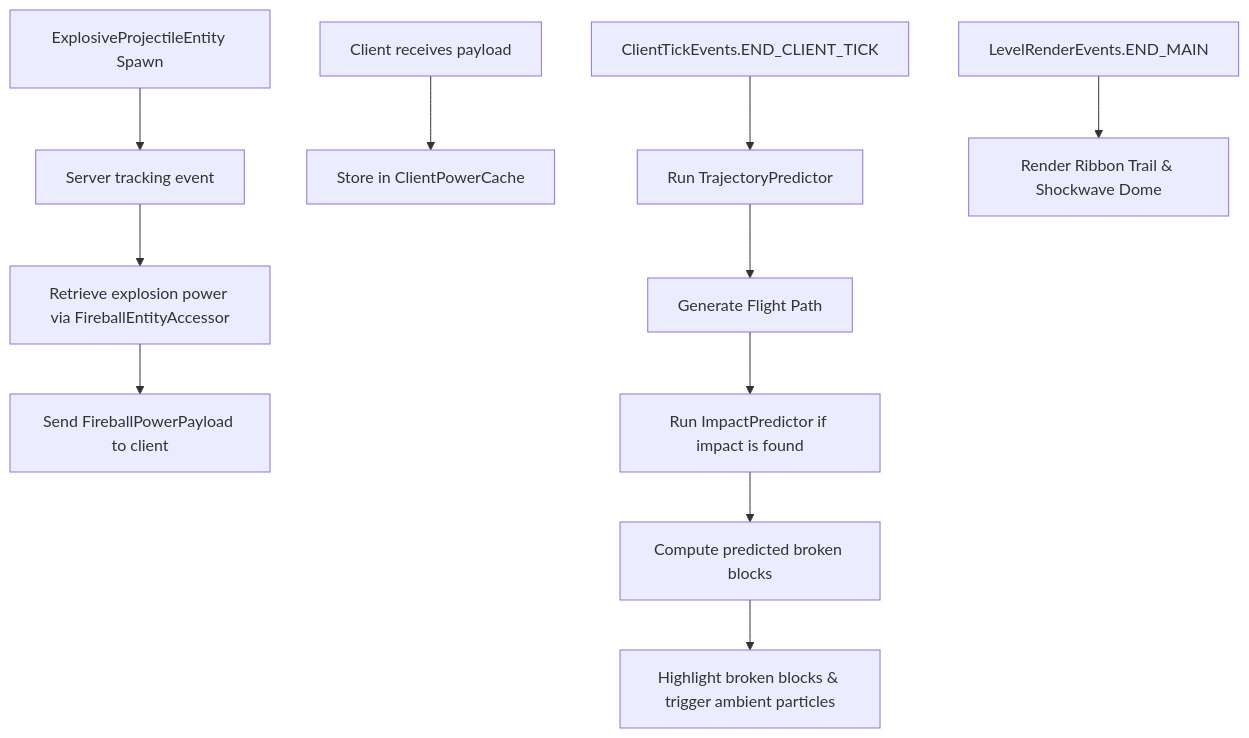
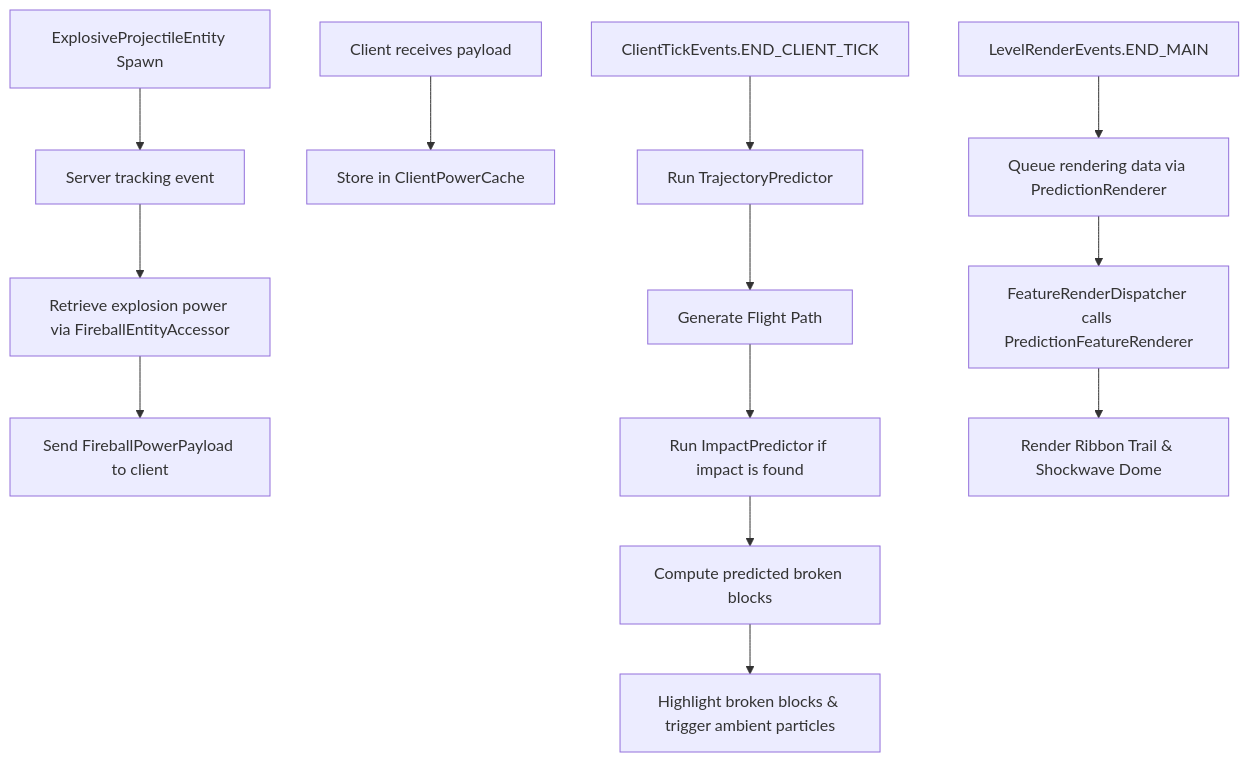
The diagram in agent.md (IsAvaible/FireballPredictor), drawn with Mermaid before and after one commit. The commit also changed other lines of this file and 5 other files, not shown here.

````diff
--- a/agent.md
+++ b/agent.md
@@ -11,13 +11,15 @@
 ```mermaid
 graph TD
     A[ExplosiveProjectileEntity Spawn] --> B[Server tracking event]
     B --> C[Retrieve explosion power via FireballEntityAccessor]
     C --> D[Send FireballPowerPayload to client]
     E[Client receives payload] --> F[Store in ClientPowerCache]
     G[ClientTickEvents.END_CLIENT_TICK] --> H[Run TrajectoryPredictor]
     H --> I[Generate Flight Path]
     I --> J[Run ImpactPredictor if impact is found]
     J --> K[Compute predicted broken blocks]
     K --> L[Highlight broken blocks & trigger ambient particles]
-    M[LevelRenderEvents.END_MAIN] --> N[Render Ribbon Trail & Shockwave Dome]
+    M[LevelRenderEvents.END_MAIN] --> N[Queue rendering data via PredictionRenderer]
+    N --> O[FeatureRenderDispatcher calls PredictionFeatureRenderer]
+    O --> P[Render Ribbon Trail & Shockwave Dome]
 ```
````
